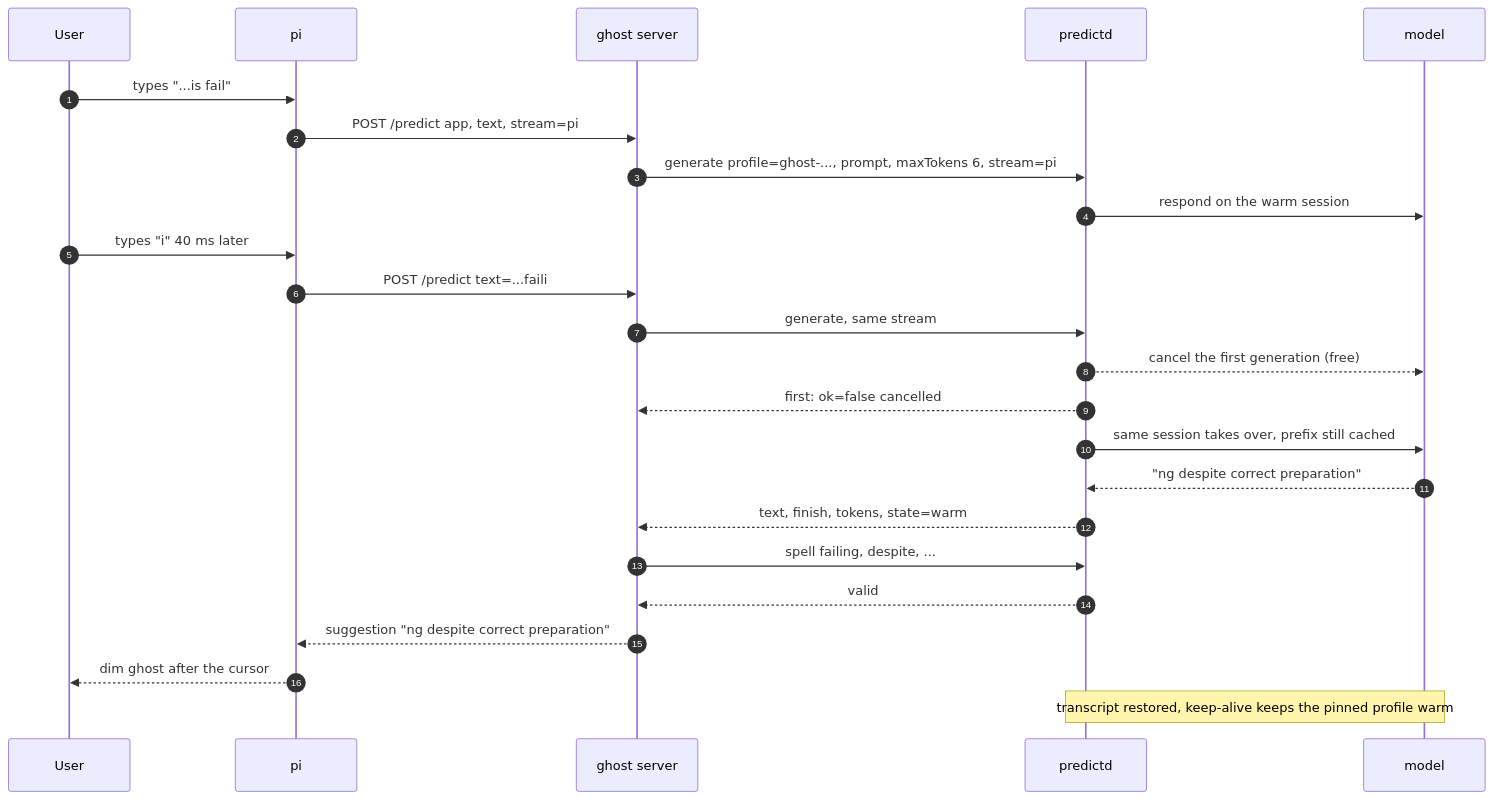
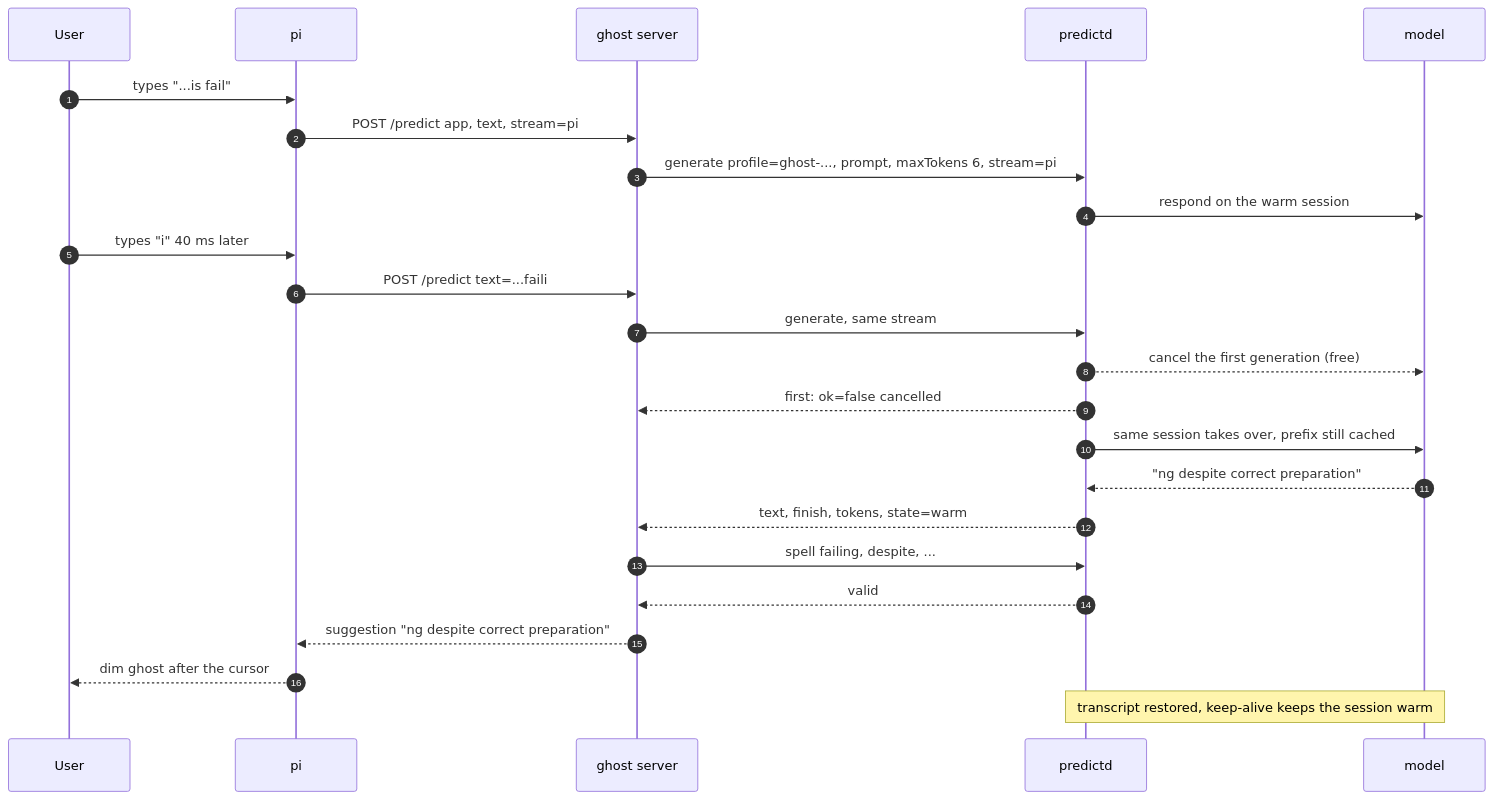
The fifth of 5 diagrams in docs/ARCHITECTURE.md (FreemanX/Homeword), drawn with Mermaid before and after one commit. The commit also changed other lines of this file and 16 other files, not shown here.

````diff
--- a/docs/ARCHITECTURE.md
+++ b/docs/ARCHITECTURE.md
@@ -204,26 +206,26 @@
 ```mermaid
 sequenceDiagram
     autonumber
     participant U as User
     participant A as pi
     participant G as ghost server
     participant D as predictd
     participant M as model
     U->>A: types "...is fail"
     A->>G: POST /predict app, text, stream=pi
     G->>D: generate profile=ghost-..., prompt, maxTokens 6, stream=pi
     D->>M: respond on the warm session
     U->>A: types "i" 40 ms later
     A->>G: POST /predict text=...faili
     G->>D: generate, same stream
     D-->>M: cancel the first generation (free)
     D-->>G: first: ok=false cancelled
     D->>M: same session takes over, prefix still cached
     M-->>D: "ng despite correct preparation"
     D-->>G: text, finish, tokens, state=warm
     G->>D: spell failing, despite, ...
     D-->>G: valid
     G-->>A: suggestion "ng despite correct preparation"
     A-->>U: dim ghost after the cursor
-    Note over D,M: transcript restored, keep-alive keeps the pinned profile warm
+    Note over D,M: transcript restored, keep-alive keeps the session warm
 ```
````
